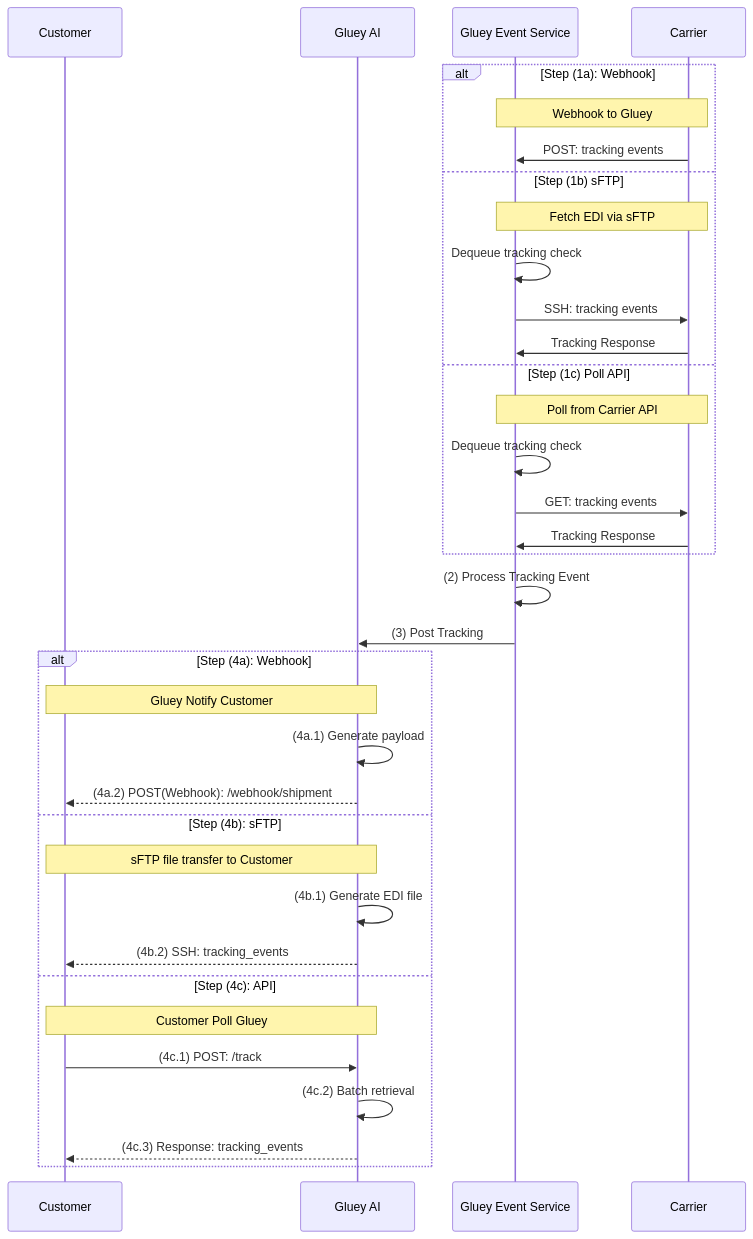
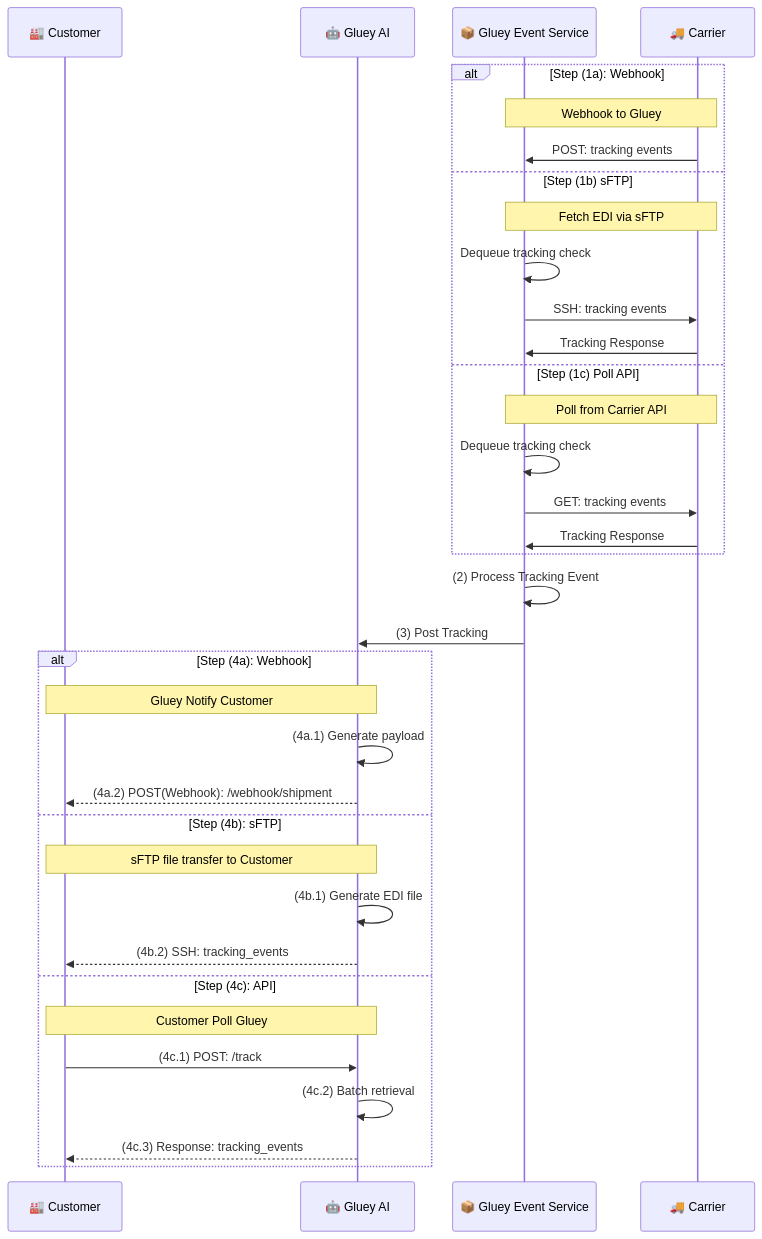
Before and after one commit to Gluey-AI/gluey-api-docs: the diagram in app/api/v1/templates/markdown/tracking.md, drawn with Mermaid. The commit also changed other lines of this file and 6 other files, not shown here.

```diff
--- a/app/api/v1/templates/markdown/tracking.md
+++ b/app/api/v1/templates/markdown/tracking.md
@@ -27,38 +26,38 @@
 ~~~mermaid
 sequenceDiagram
-    participant Customer
-    participant Gluey AI
-    participant Gluey Event Service
-    participant Carrier
+    participant 🏭 Customer
+    participant 🤖 Gluey AI
+    participant 📦 Gluey Event Service
+    participant 🚚 Carrier
 
     alt Step (1a): Webhook
-        Note over Gluey Event Service, Carrier: Webhook to Gluey
-        Carrier->>Gluey Event Service: POST: tracking events
+        Note over 📦 Gluey Event Service, 🚚 Carrier: Webhook to Gluey
+        🚚 Carrier->>📦 Gluey Event Service: POST: tracking events
     else Step (1b) sFTP
-        Note over Gluey Event Service, Carrier: Fetch EDI via sFTP
-        Gluey Event Service->>Gluey Event Service: Dequeue tracking check
-        Gluey Event Service->>Carrier: SSH: tracking events
-        Carrier->>Gluey Event Service: Tracking Response
+        Note over 📦 Gluey Event Service, 🚚 Carrier: Fetch EDI via sFTP
+        📦 Gluey Event Service->>📦 Gluey Event Service: Dequeue tracking check
+        📦 Gluey Event Service->>🚚 Carrier: SSH: tracking events
+        🚚 Carrier->>📦 Gluey Event Service: Tracking Response
     else Step (1c) Poll API
-        Note over Gluey Event Service, Carrier: Poll from Carrier API
-        Gluey Event Service->>Gluey Event Service: Dequeue tracking check
-        Gluey Event Service->>Carrier: GET: tracking events
-        Carrier->>Gluey Event Service: Tracking Response
+        Note over 📦 Gluey Event Service, 🚚 Carrier: Poll from Carrier API
+        📦 Gluey Event Service->>📦 Gluey Event Service: Dequeue tracking check
+        📦 Gluey Event Service->>🚚 Carrier: GET: tracking events
+        🚚 Carrier->>📦 Gluey Event Service: Tracking Response
     end
-    Gluey Event Service->>Gluey Event Service: (2) Process Tracking Event
-    Gluey Event Service->>Gluey AI: (3) Post Tracking
+    📦 Gluey Event Service->>📦 Gluey Event Service: (2) Process Tracking Event
+    📦 Gluey Event Service->>🤖 Gluey AI: (3) Post Tracking
     alt Step (4a): Webhook
-        Note over Gluey AI, Customer: Gluey Notify Customer
-        Gluey AI->>Gluey AI: (4a.1) Generate payload
-        Gluey AI-->>Customer: (4a.2) POST(Webhook): /webhook/shipment
+        Note over 🤖 Gluey AI, 🏭 Customer: Gluey Notify Customer
+        🤖 Gluey AI->>🤖 Gluey AI: (4a.1) Generate payload
+        🤖 Gluey AI-->>🏭 Customer: (4a.2) POST(Webhook): /webhook/shipment
     else Step (4b): sFTP
-        Note over Gluey AI, Customer: sFTP file transfer to Customer
-        Gluey AI->>Gluey AI: (4b.1) Generate EDI file
-        Gluey AI-->>Customer: (4b.2) SSH: tracking_events
+        Note over 🤖 Gluey AI, 🏭 Customer: sFTP file transfer to Customer
+        🤖 Gluey AI->>🤖 Gluey AI: (4b.1) Generate EDI file
+        🤖 Gluey AI-->>🏭 Customer: (4b.2) SSH: tracking_events
     else Step (4c): API
-        Note over Gluey AI, Customer: Customer Poll Gluey
-        Customer->>Gluey AI: (4c.1) POST: /track
-        Gluey AI->>Gluey AI: (4c.2) Batch retrieval
-        Gluey AI-->>Customer: (4c.3) Response: tracking_events
+        Note over 🤖 Gluey AI, 🏭 Customer: Customer Poll Gluey
+        🏭 Customer->>🤖 Gluey AI: (4c.1) POST: /track
+        🤖 Gluey AI->>🤖 Gluey AI: (4c.2) Batch retrieval
+        🤖 Gluey AI-->>🏭 Customer: (4c.3) Response: tracking_events
     end
 ~~~
```
